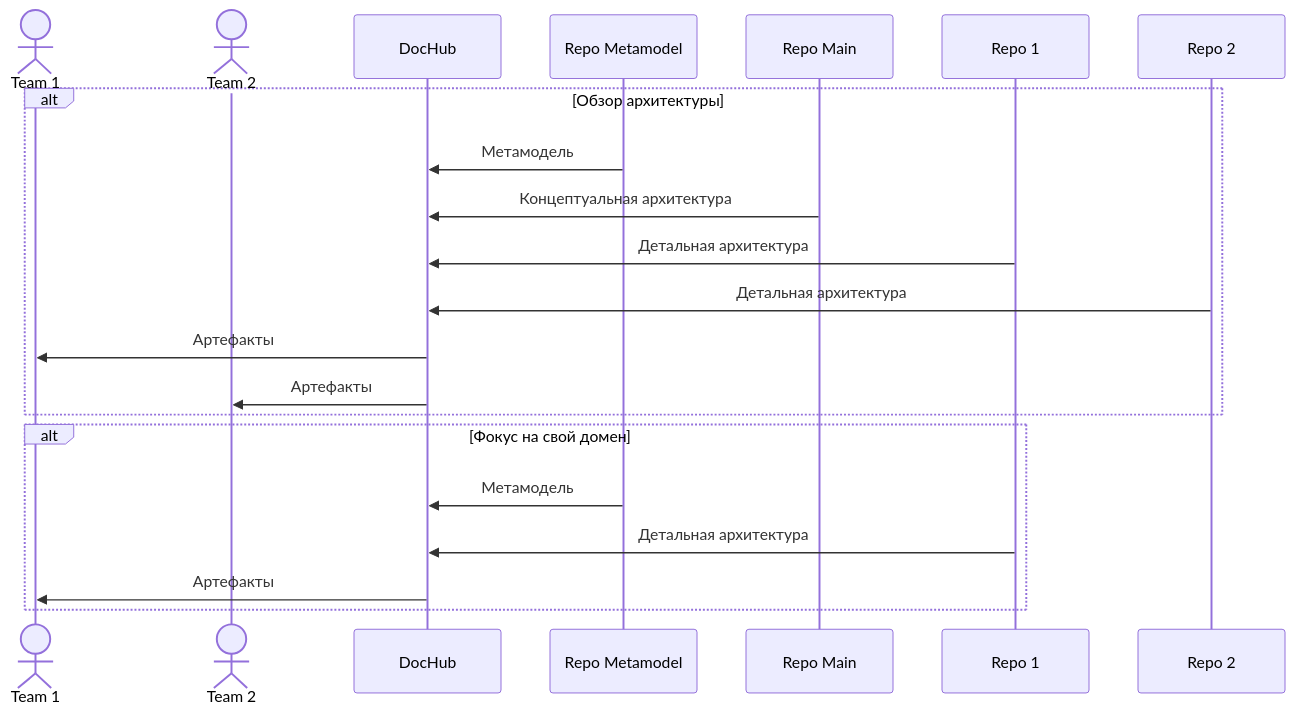
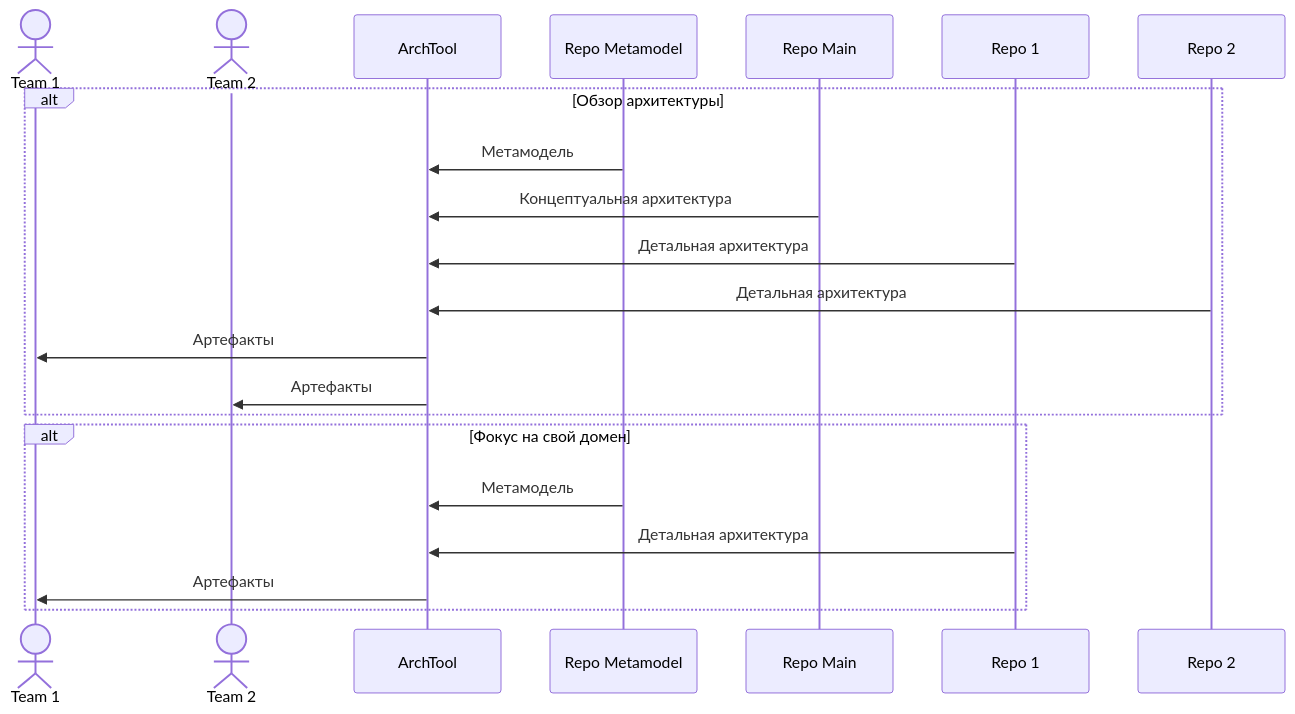
Before and after one commit to SEAFTeam/seaf-core: the second of 5 diagrams in README.md, drawn with Mermaid. The commit also changed other lines of this file, not shown here.

Commit message:
Корректировка документации в части: 1. DocHub->ArchTool для Sber Enterprise Architecture Framework; 2. Указан rutube-канал сообщества архитекторов ДЗО (SEAF); 3. Упомянут чат сообщества SEAF (включение по запросу).

````diff
--- a/README.md
+++ b/README.md
@@ -170,25 +168,25 @@
 ```mermaid
 sequenceDiagram
     actor Team 1
     actor Team 2
-    participant DocHub
+    participant ArchTool
     participant Repo Metamodel
     participant Repo Main
     participant Repo 1
     participant Repo 2
 
     alt Обзор архитектуры
-        Repo Metamodel->>DocHub: Метамодель
-        Repo Main->>DocHub: Концептуальная архитектура
-        Repo 1->>DocHub: Детальная архитектура
-        Repo 2->>DocHub: Детальная архитектура
-        DocHub->>Team 1: Артефакты
-        DocHub->>Team 2: Артефакты
+        Repo Metamodel->>ArchTool: Метамодель
+        Repo Main->>ArchTool: Концептуальная архитектура
+        Repo 1->>ArchTool: Детальная архитектура
+        Repo 2->>ArchTool: Детальная архитектура
+        ArchTool->>Team 1: Артефакты
+        ArchTool->>Team 2: Артефакты
     end
 
     alt Фокус на свой домен
-        Repo Metamodel->>DocHub: Метамодель
-        Repo 1->>DocHub: Детальная архитектура
-        DocHub->>Team 1: Артефакты
+        Repo Metamodel->>ArchTool: Метамодель
+        Repo 1->>ArchTool: Детальная архитектура
+        ArchTool->>Team 1: Артефакты
     end
 ```
````
